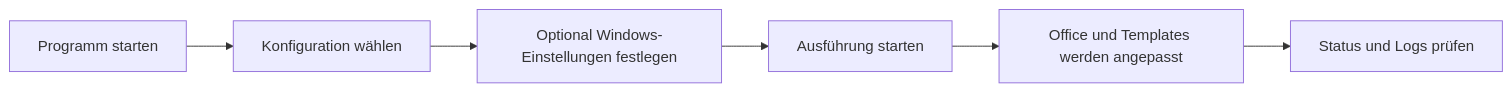
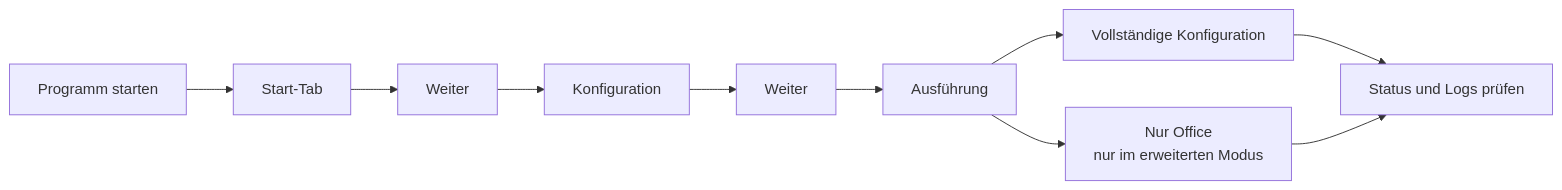
The diagram in docs/DOKUMENTATION_ANWENDER.md (GoroTech-Tools/PC-Konfigurator), drawn with Mermaid before and after one commit. The commit also changed other lines of this file and 28 other files, not shown here.

Commit message:
Release v3.3.25: GUI-Workflow, Mermaids und Doku aktualisiert

````diff
--- a/docs/DOKUMENTATION_ANWENDER.md
+++ b/docs/DOKUMENTATION_ANWENDER.md
@@ -14,8 +14,12 @@
 ```mermaid
 flowchart LR
-  A[Programm starten] --> B[Konfiguration wählen]
-  B --> C[Optional Windows-Einstellungen festlegen]
-  C --> D[Ausführung starten]
-  D --> E[Office und Templates werden angepasst]
-  E --> F[Status und Logs prüfen]
+  A[Programm starten] --> B[Start-Tab]
+  B --> C[Weiter]
+  C --> D[Konfiguration]
+  D --> E[Weiter]
+  E --> F[Ausführung]
+  F --> G[Vollständige Konfiguration]
+  F --> H[Nur Office<br/>nur im erweiterten Modus]
+  G --> I[Status und Logs prüfen]
+  H --> I
 ```
````
